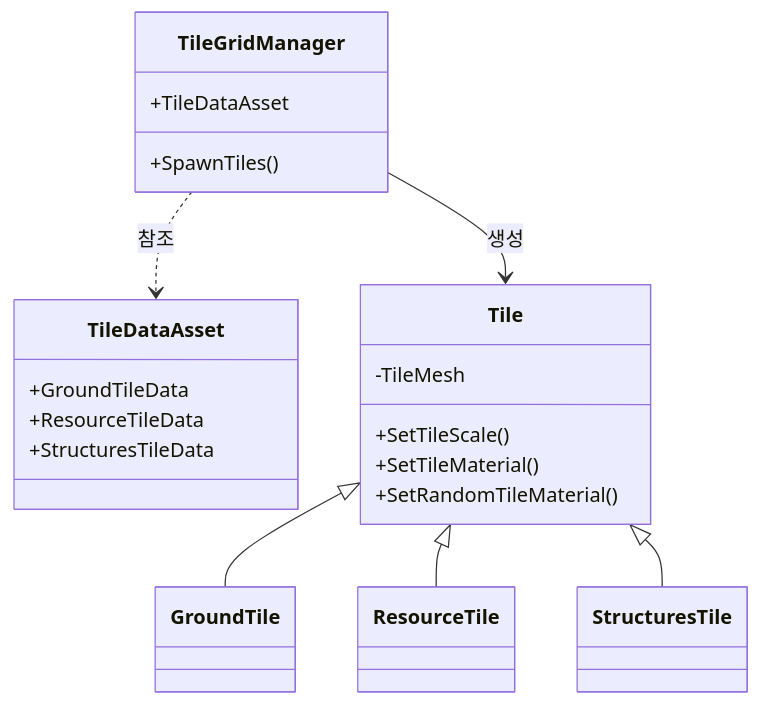
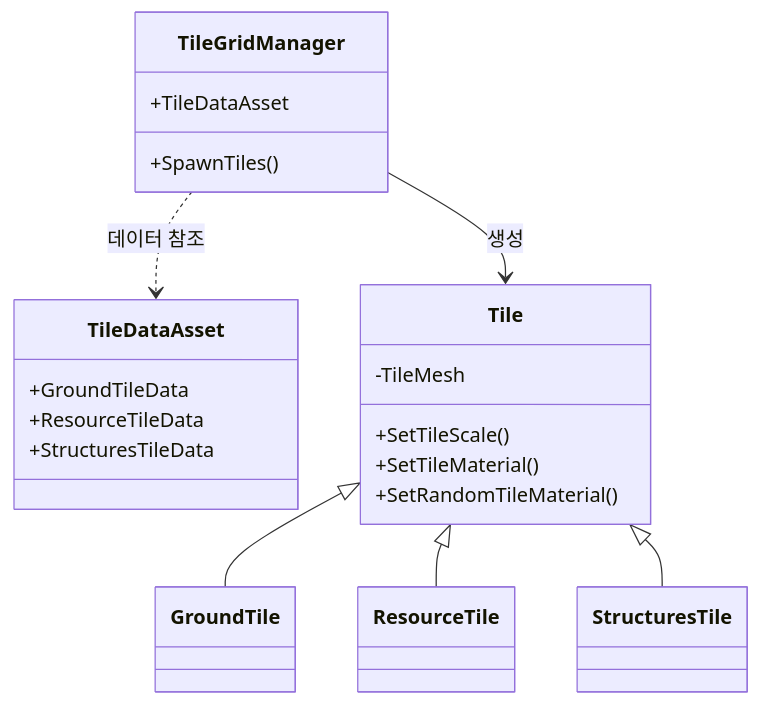
Before and after one commit to WJMcode/Project_CavesBasic: the first of 4 diagrams in README.md, drawn with Mermaid.

````diff
--- a/README.md
+++ b/README.md
@@ -1,27 +1,27 @@
 ```mermaid
 classDiagram
     class TileGridManager {
         +TileDataAsset
         +SpawnTiles()
     }
     class TileDataAsset {
         +GroundTileData
         +ResourceTileData
         +StructuresTileData
     }
     class Tile {
         -TileMesh
         +SetTileScale()
         +SetTileMaterial()
         +SetRandomTileMaterial()
     }
     class GroundTile
     class ResourceTile
     class StructuresTile
 
-    TileGridManager ..> TileDataAsset : 참조
+    TileGridManager ..> TileDataAsset : 데이터 참조
     TileGridManager --> Tile : 생성
     Tile <|-- GroundTile
     Tile <|-- ResourceTile
     Tile <|-- StructuresTile
 ```
````
